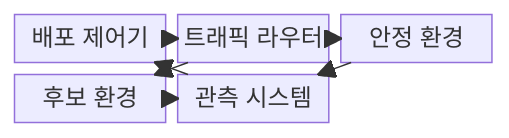
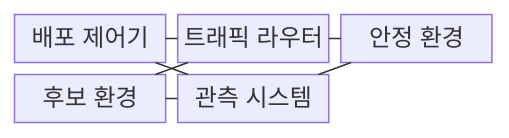
Before and after one commit to agnusdei1207/knowledge-base: the first of 2 diagrams in src/content/docs/notes/03-software/063_canary_blue_green_deployment.md, drawn with Mermaid. The commit also changed other lines of this file and 493 other files, not shown here.

````diff
--- a/src/content/docs/notes/03-software/063_canary_blue_green_deployment.md
+++ b/src/content/docs/notes/03-software/063_canary_blue_green_deployment.md
@@ -69,15 +69,15 @@
 ```mermaid
-block
+block-beta
   columns 3
   C["배포 제어기"]
   R["트래픽 라우터"]
   S["안정 환경"]
   N["후보 환경"]
   O["관측 시스템"]
-  C --> R
-  R --> S
-  R --> N
-  S --> O
-  N --> O
-  O --> C
+  C --- R
+  R --- S
+  R --- N
+  S --- O
+  N --- O
+  O --- C
 ```
````
